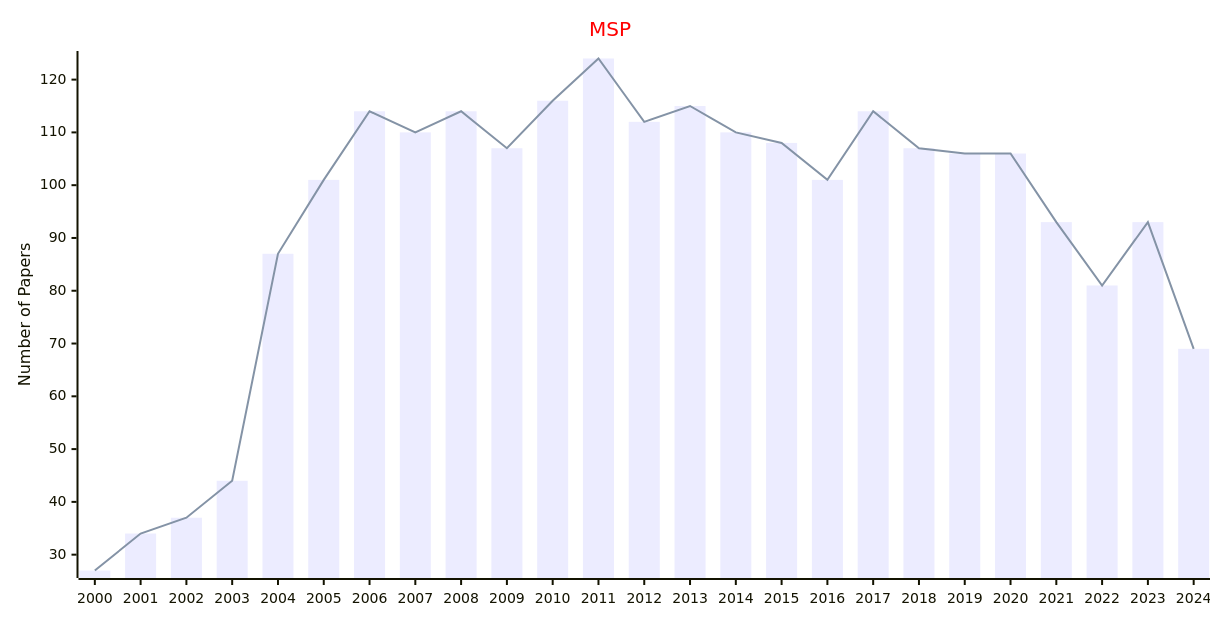
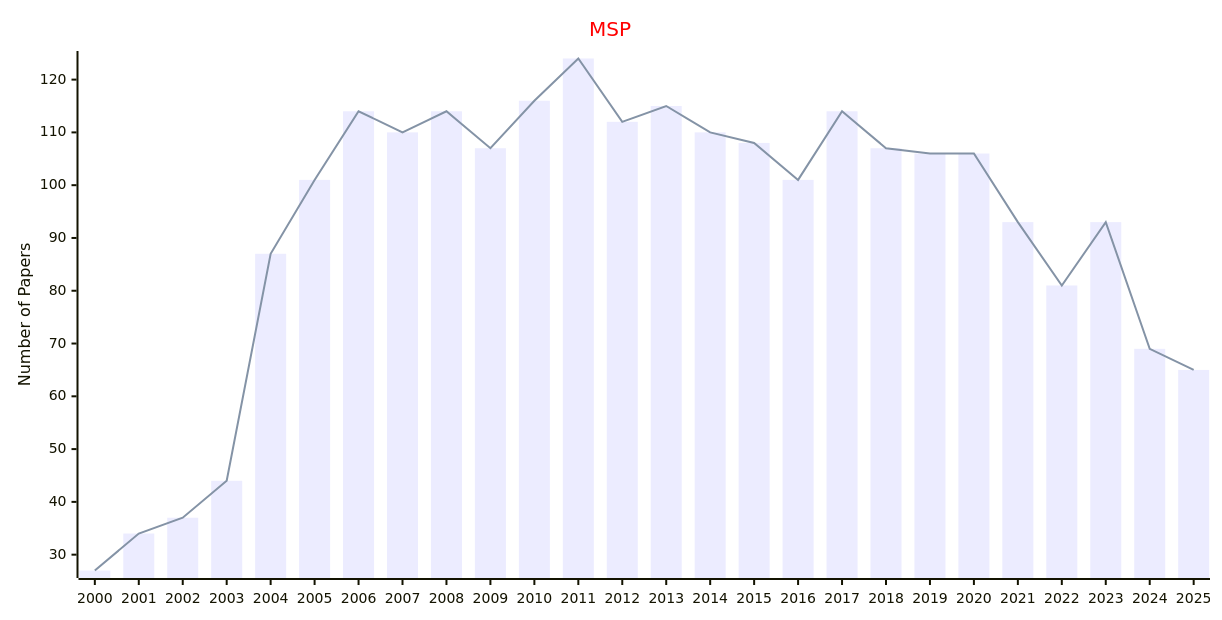
Before and after one commit to Easy-PhD/AILinks: the first of 2 diagrams in docs/data/Journals/Statistics_Journals/Signal_Processing.md, drawn with Mermaid. The commit also changed 107 other files, not shown here.

````diff
--- a/docs/data/Journals/Statistics_Journals/Signal_Processing.md
+++ b/docs/data/Journals/Statistics_Journals/Signal_Processing.md
@@ -9,17 +9,17 @@
 ```mermaid
 ---
 config:
     xyChart:
         width: 1200
         height: 600
     themeVariables:
         xyChart:
             titleColor: "#ff0000"
 ---
 xychart-beta
     title "MSP"
-    x-axis [2000, 2001, 2002, 2003, 2004, 2005, 2006, 2007, 2008, 2009, 2010, 2011, 2012, 2013, 2014, 2015, 2016, 2017, 2018, 2019, 2020, 2021, 2022, 2023, 2024]
+    x-axis [2000, 2001, 2002, 2003, 2004, 2005, 2006, 2007, 2008, 2009, 2010, 2011, 2012, 2013, 2014, 2015, 2016, 2017, 2018, 2019, 2020, 2021, 2022, 2023, 2024, 2025]
     y-axis "Number of Papers"
-    bar [27, 34, 37, 44, 87, 101, 114, 110, 114, 107, 116, 124, 112, 115, 110, 108, 101, 114, 107, 106, 106, 93, 81, 93, 69]
-    line [27, 34, 37, 44, 87, 101, 114, 110, 114, 107, 116, 124, 112, 115, 110, 108, 101, 114, 107, 106, 106, 93, 81, 93, 69]
+    bar [27, 34, 37, 44, 87, 101, 114, 110, 114, 107, 116, 124, 112, 115, 110, 108, 101, 114, 107, 106, 106, 93, 81, 93, 69, 65]
+    line [27, 34, 37, 44, 87, 101, 114, 110, 114, 107, 116, 124, 112, 115, 110, 108, 101, 114, 107, 106, 106, 93, 81, 93, 69, 65]
 ```
````
